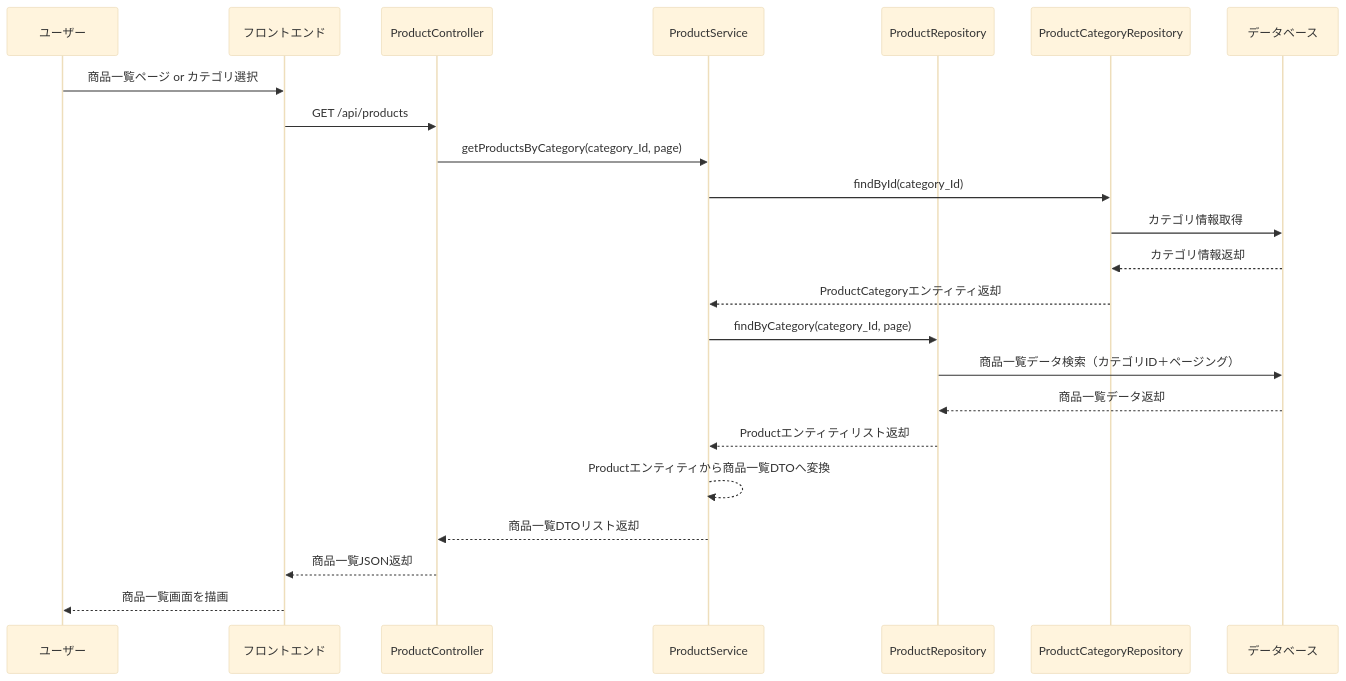
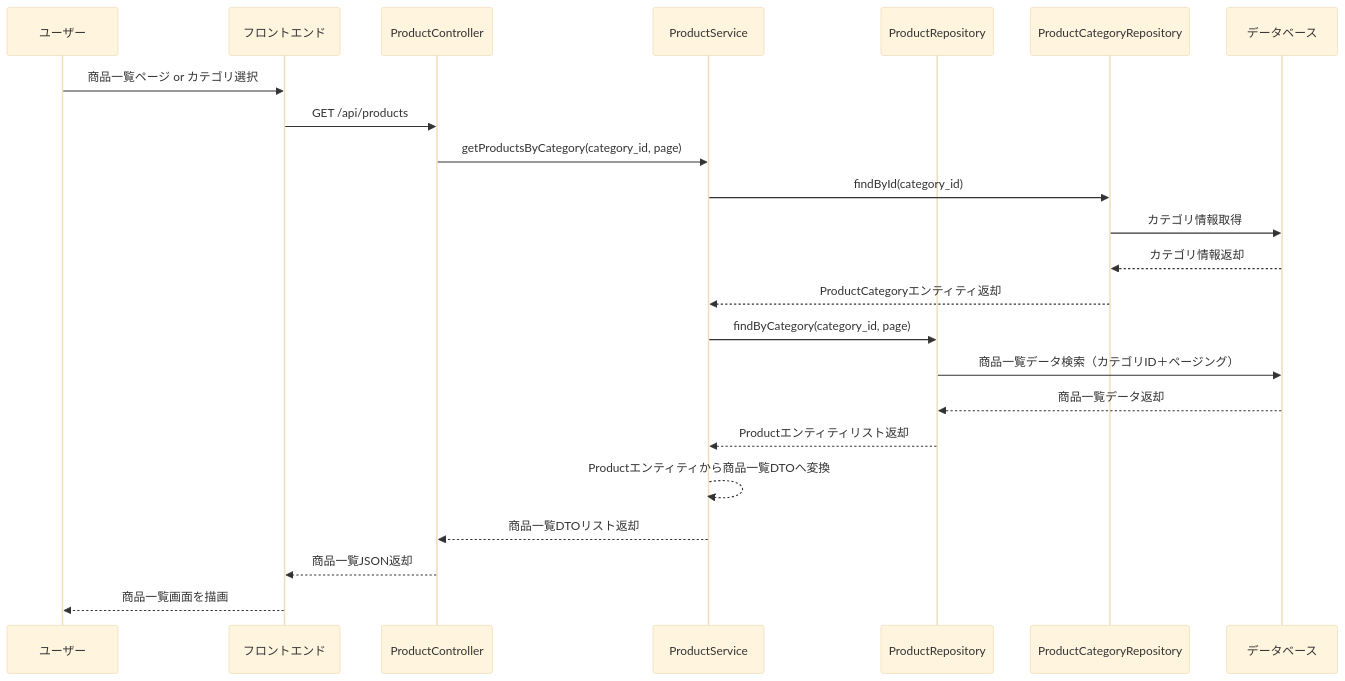
One commit to Aoi-Yaegashi/teamF changed the third of 36 diagrams in 詳細設計/提出用/詳細設計書.md. Above: the diagram before and after it, drawn with Mermaid (base theme). The commit also changed other lines of this file and 1 other file, not shown here.

```diff
--- a/詳細設計/提出用/詳細設計書.md
+++ b/詳細設計/提出用/詳細設計書.md
@@ -436,26 +436,26 @@
    <div class="mermaid">
    sequenceDiagram
     participant User as ユーザー
     participant Browser as フロントエンド
     participant Controller as ProductController
     participant Service as ProductService
     participant ProductRepo as ProductRepository
     participant CategoryRepo as ProductCategoryRepository
     participant DB as データベース
 
     User->>Browser: 商品一覧ページ or カテゴリ選択
     Browser->>Controller: GET /api/products
-    Controller->>Service: getProductsByCategory(category_Id, page)
-    Service->>CategoryRepo: findById(category_Id)
+    Controller->>Service: getProductsByCategory(category_id, page)
+    Service->>CategoryRepo: findById(category_id)
     CategoryRepo->>DB: カテゴリ情報取得
     DB-->>CategoryRepo: カテゴリ情報返却
     CategoryRepo-->>Service: ProductCategoryエンティティ返却
-    Service->>ProductRepo: findByCategory(category_Id, page)
+    Service->>ProductRepo: findByCategory(category_id, page)
     ProductRepo->>DB: 商品一覧データ検索（カテゴリID＋ページング）
     DB-->>ProductRepo: 商品一覧データ返却
     ProductRepo-->>Service: Productエンティティリスト返却
     Service-->>Service: Productエンティティから商品一覧DTOへ変換
     Service-->>Controller: 商品一覧DTOリスト返却
     Controller-->>Browser: 商品一覧JSON返却
     Browser-->>User: 商品一覧画面を描画
 </div>
```
